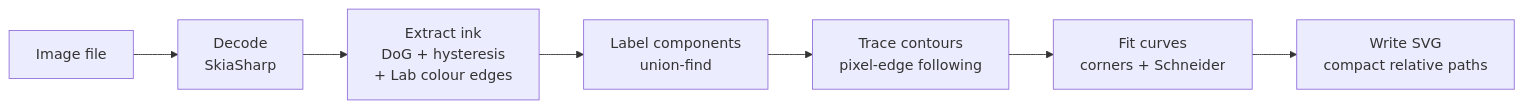
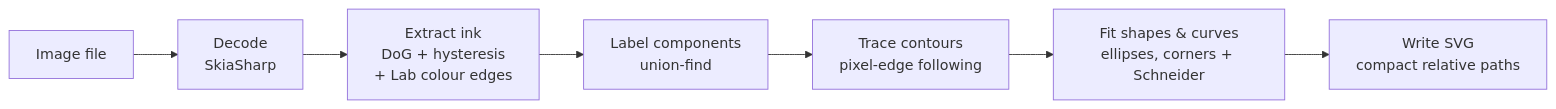
Before and after one commit to gcl-team/SvgCreator: the diagram in docs/Home.md, drawn with Mermaid. The commit also changed other lines of this file and 16 other files, not shown here.

First line of the commit message:
Recognize circles and ellipses and write them as native SVG shapes

````diff
--- a/docs/Home.md
+++ b/docs/Home.md
@@ -9,9 +9,9 @@
 ```mermaid
 flowchart LR
     A[Image file] --> B[Decode<br/>SkiaSharp]
     B --> C[Extract ink<br/>DoG + hysteresis<br/>+ Lab colour edges]
     C --> D[Label components<br/>union-find]
     D --> E[Trace contours<br/>pixel-edge following]
-    E --> F[Fit curves<br/>corners + Schneider]
+    E --> F[Fit shapes & curves<br/>ellipses, corners + Schneider]
     F --> G[Write SVG<br/>compact relative paths]
 ```
````
